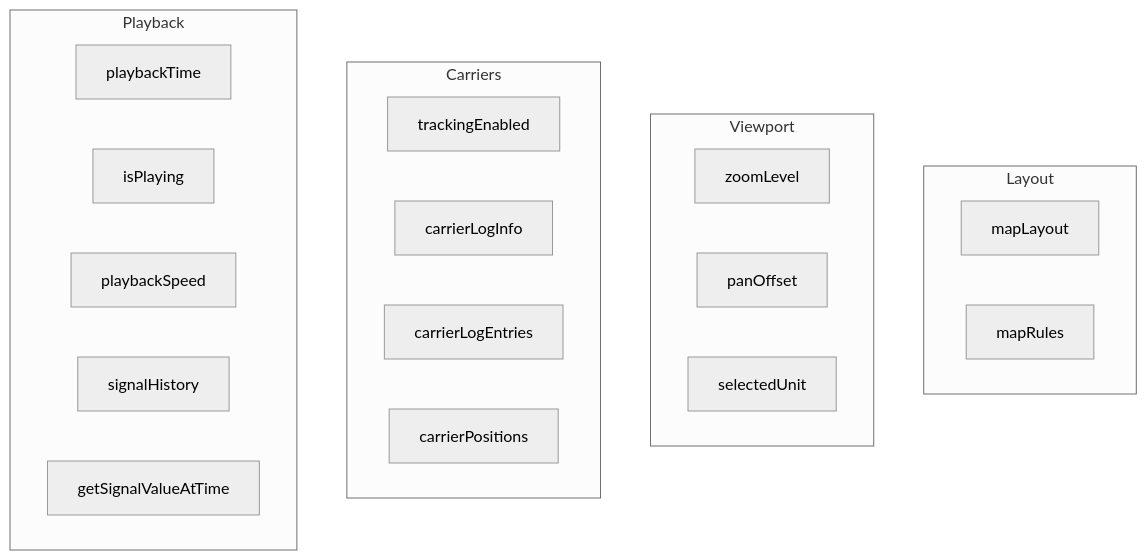
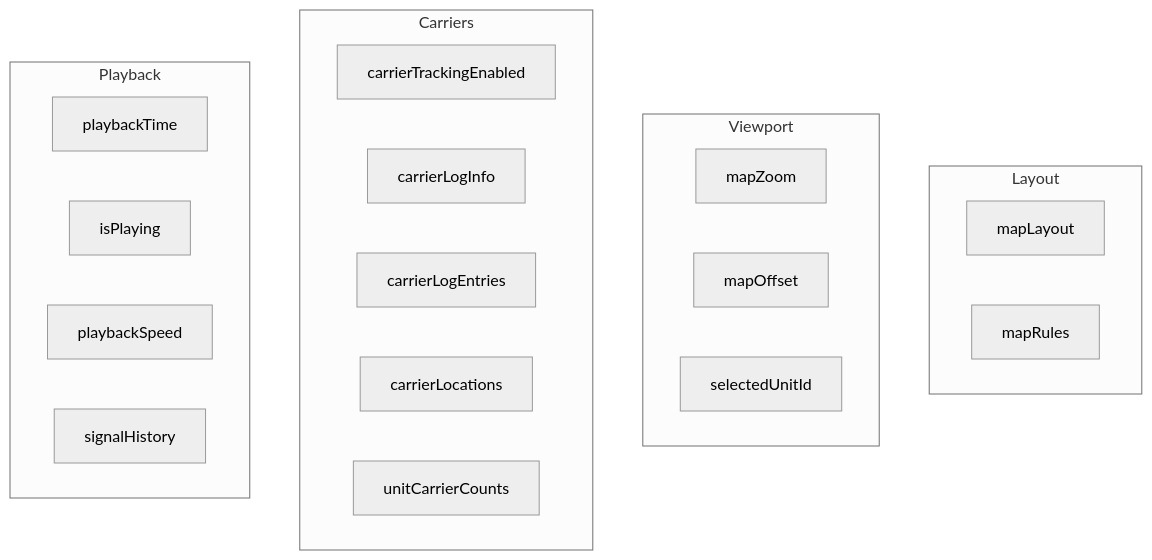
The fourth of 5 diagrams in .agent/architecture/state-management.md (SulthanZahran91/LOG_VISUALIZER_WEB), drawn with Mermaid (neutral theme) before and after one commit. The commit also changed other lines of this file and 30 other files, not shown here.

````diff
--- a/.agent/architecture/state-management.md
+++ b/.agent/architecture/state-management.md
@@ -109,28 +183,28 @@
 ```mermaid
 flowchart TB
     subgraph Layout
         layout[mapLayout]
         rules[mapRules]
     end
     
     subgraph Viewport
-        zoom[zoomLevel]
-        offset[panOffset]
-        selection[selectedUnit]
+        zoom[mapZoom]
+        offset[mapOffset]
+        selection[selectedUnitId]
     end
     
     subgraph Carriers
-        enabled[trackingEnabled]
+        enabled[carrierTrackingEnabled]
         info[carrierLogInfo]
         entries[carrierLogEntries]
-        positions[carrierPositions <computed>]
+        positions[carrierLocations]
+        counts[unitCarrierCounts]
     end
     
     subgraph Playback
         playTime[playbackTime]
         isPlay[isPlaying]
         speed[playbackSpeed]
         history[signalHistory]
-        getVal[getSignalValueAtTime]
     end
 ```
````
